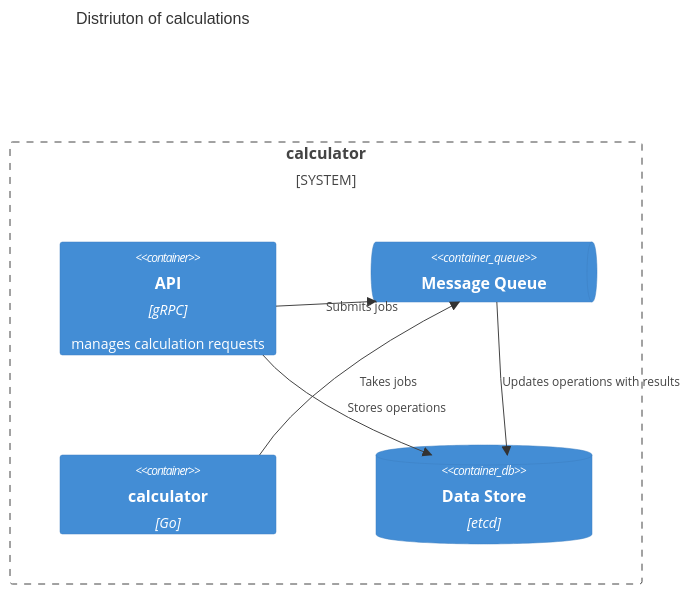
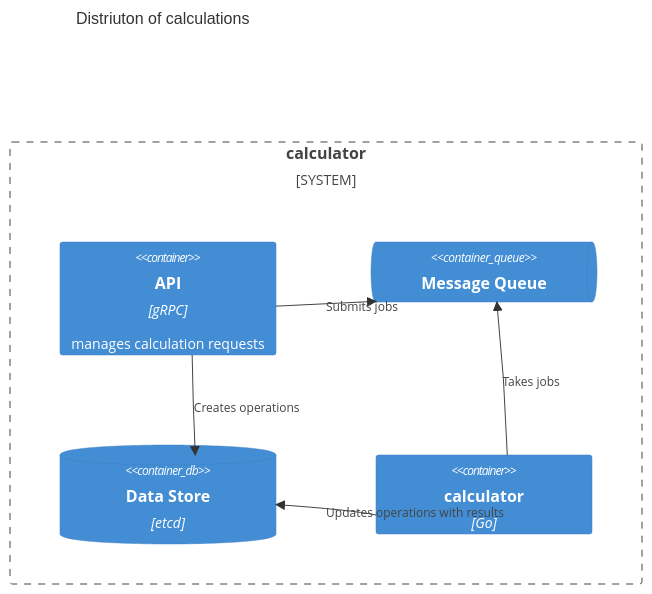
One commit to vickleford/calculator changed the third of 3 diagrams in README.md. Above: the diagram before and after it, drawn with Mermaid. The commit also changed other lines of this file, not shown here.

````diff
--- a/README.md
+++ b/README.md
@@ -34,18 +35,20 @@
 ```mermaid
 C4Container
 title Distriuton of calculations
 
 System_Boundary(b, "calculator") {
     Container(api, API, gRPC, "manages calculation requests")
     ContainerQueue(mq, "Message Queue")
+    ContainerDb(store, "Data Store", "etcd")
 
     Container(calc, calculator, "Go")
 
-    ContainerDb(store, "Data Store", "etcd")
+
+    UpdateLayoutConfig($c4ShapeInRow="2", $c4BoundaryInRow="2")
 
     Rel(api, mq, "Submits jobs")
-    Rel(api, store, "Stores operations")
+    Rel(api, store, "Creates operations")
     Rel(calc, mq, "Takes jobs")
-    Rel(mq, store, "Updates operations with results")
+    Rel(calc, store, "Updates operations with results")
 }
 ```
````
